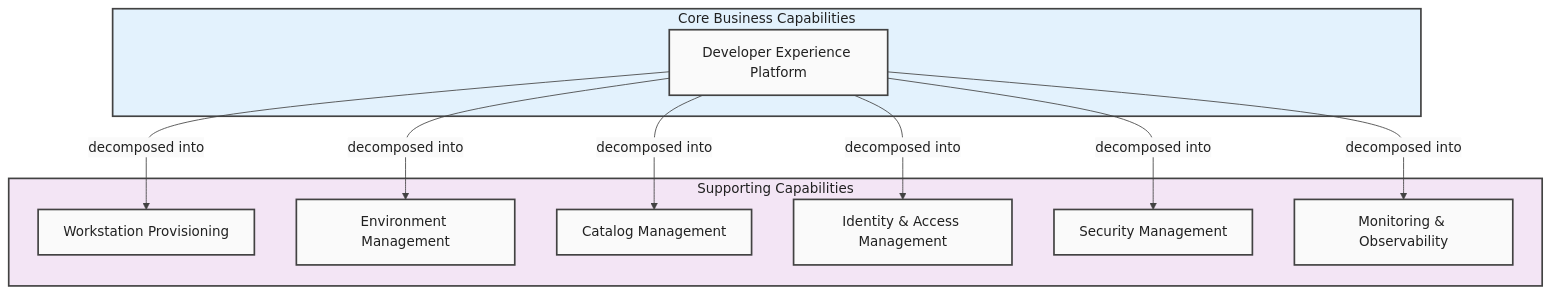
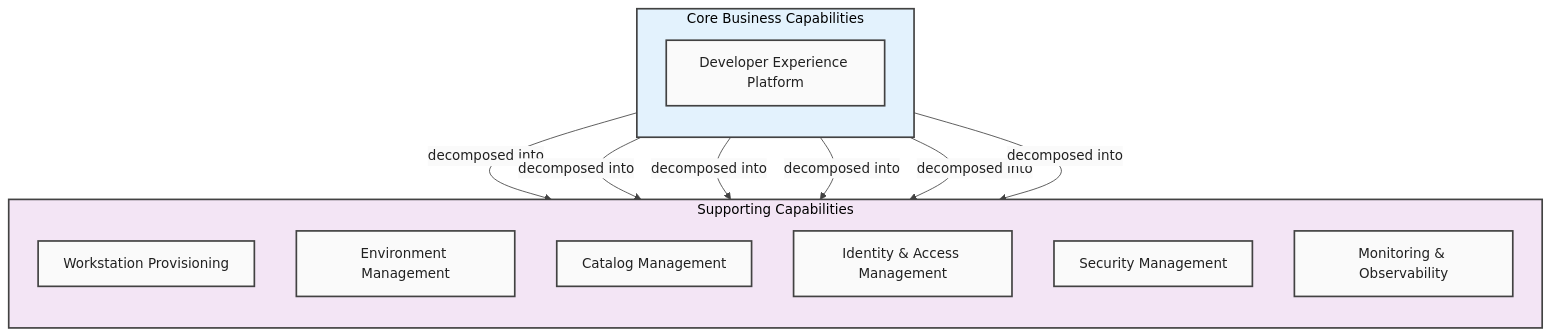
Before and after one commit to Evilazaro/DevExp-DevBox: the second of 11 diagrams in docs/architecture/Business.md, drawn with Mermaid. The commit also changed other lines of this file, not shown here.

Commit message:
docs: enhance Business Architecture document with flowchart direction and styling improvements

````diff
--- a/docs/architecture/Business.md
+++ b/docs/architecture/Business.md
@@ -206,31 +215,36 @@
 ```mermaid
 %%{init: {'theme': 'base', 'themeVariables': { 'primaryColor': '#FAFAFA', 'primaryBorderColor': '#424242', 'primaryTextColor': '#212121', 'lineColor': '#424242'}}}%%
 flowchart TB
     %% Style Definitions
     classDef default fill:#FAFAFA,stroke:#424242,stroke-width:2px,color:#212121
     classDef level1 fill:#E3F2FD,stroke:#424242,stroke-width:2px,color:#212121
     classDef level2 fill:#F3E5F5,stroke:#424242,stroke-width:2px,color:#212121
 
     subgraph CORE["Core Business Capabilities"]
+        direction TB
         CAP1["Developer Experience Platform"]
     end
 
     subgraph SUPPORT["Supporting Capabilities"]
+        direction TB
         CAP2["Workstation Provisioning"]
         CAP3["Environment Management"]
         CAP4["Catalog Management"]
         CAP5["Identity & Access Management"]
         CAP6["Security Management"]
         CAP7["Monitoring & Observability"]
     end
 
     CAP1 -->|"decomposed into"| CAP2
     CAP1 -->|"decomposed into"| CAP3
     CAP1 -->|"decomposed into"| CAP4
     CAP1 -->|"decomposed into"| CAP5
     CAP1 -->|"decomposed into"| CAP6
     CAP1 -->|"decomposed into"| CAP7
 
     class CORE level1
     class SUPPORT level2
+
+    style CORE fill:#E3F2FD,stroke:#424242,stroke-width:2px
+    style SUPPORT fill:#F3E5F5,stroke:#424242,stroke-width:2px
 ```
````
